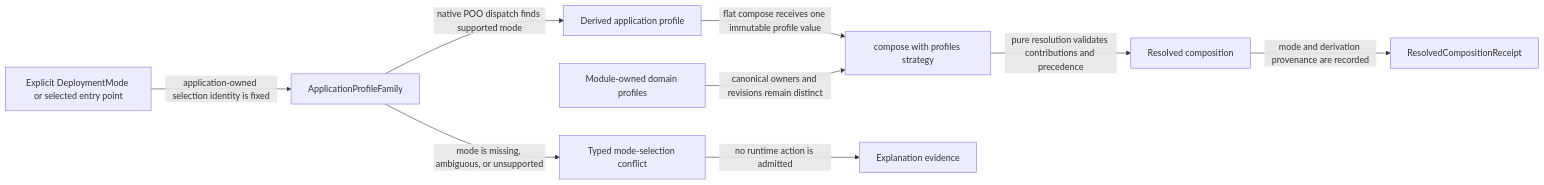
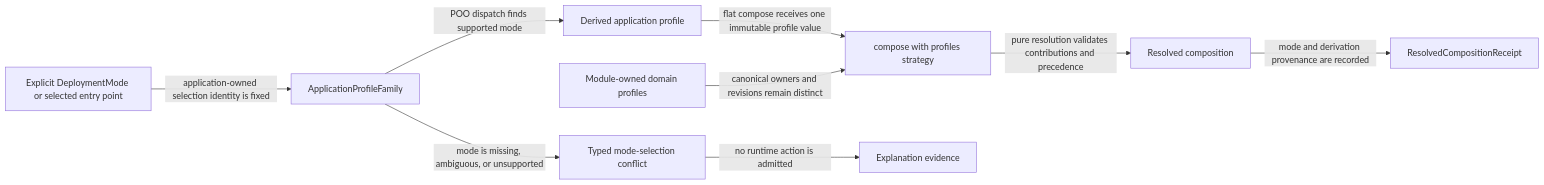
One commit to tao3k/gebril-yuanxu changed the first of 2 diagrams in module-system/design/45-116-application-profile-family-prototype-derivation-and-flat-environment-selection.org. Above: the diagram before and after it, drawn with Mermaid. The commit also changed other lines of this file and 1469 other files, not shown here.

```diff
--- a/module-system/design/45-116-application-profile-family-prototype-derivation-and-flat-environment-selection.org
+++ b/module-system/design/45-116-application-profile-family-prototype-derivation-and-flat-environment-selection.org
@@ -303,11 +303,11 @@
 #+begin_src mermaid
 flowchart LR
   D["Explicit DeploymentMode or selected entry point"] -->|"application-owned selection identity is fixed"| F["ApplicationProfileFamily"]
-  F -->|"native POO dispatch finds supported mode"| V["Derived application profile"]
+  F -->|"POO dispatch finds supported mode"| V["Derived application profile"]
   F -->|"mode is missing, ambiguous, or unsupported"| X["Typed mode-selection conflict"]
   V -->|"flat compose receives one immutable profile value"| C["compose with profiles strategy"]
   U["Module-owned domain profiles"] -->|"canonical owners and revisions remain distinct"| C
   C -->|"pure resolution validates contributions and precedence"| R["Resolved composition"]
   R -->|"mode and derivation provenance are recorded"| E["ResolvedCompositionReceipt"]
   X -->|"no runtime action is admitted"| Q["Explanation evidence"]
 #+end_src
```
